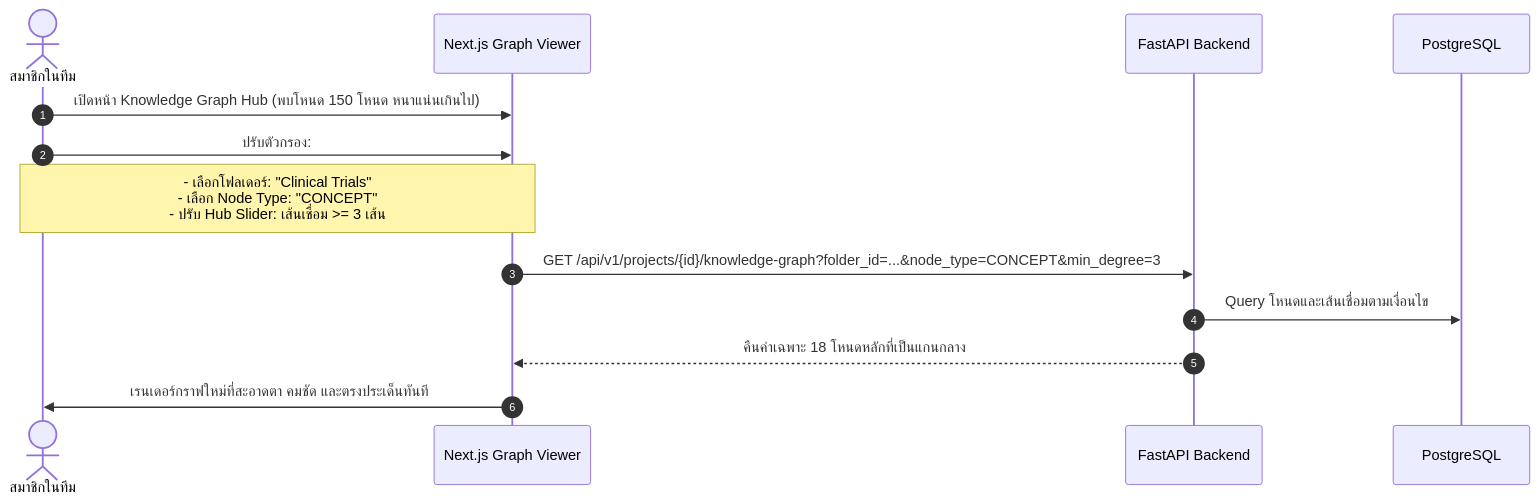
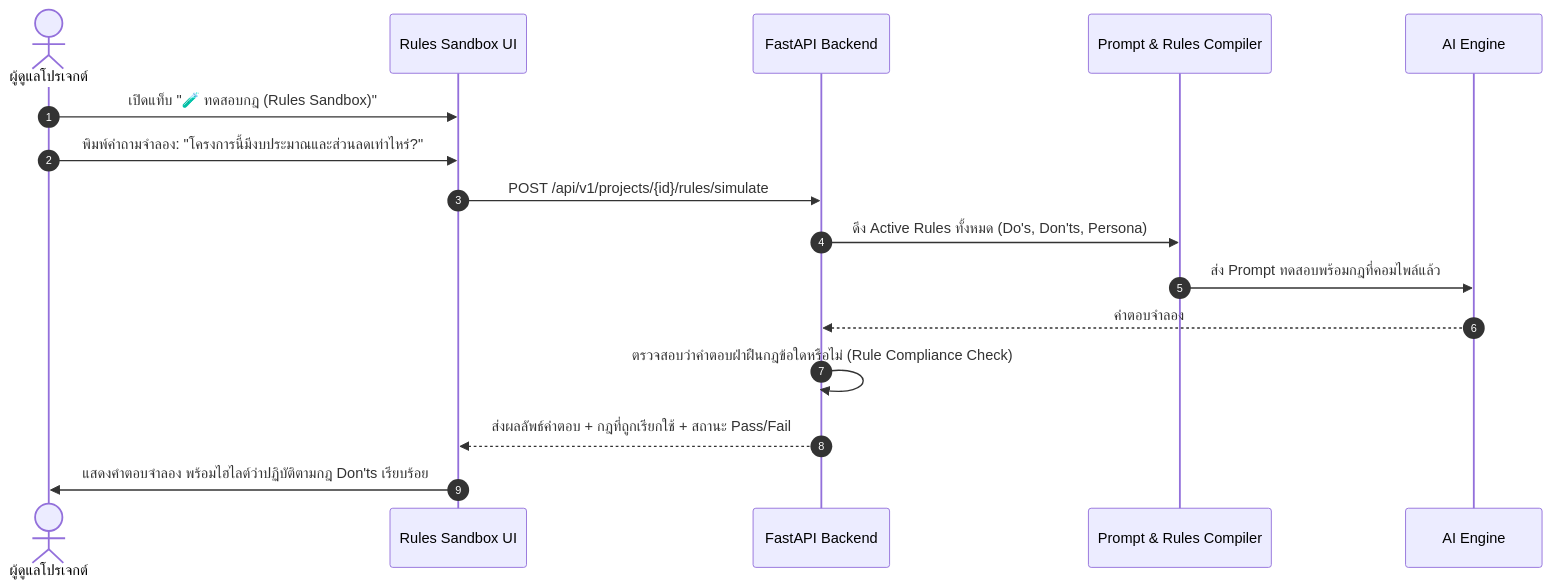
Before and after one commit to kelsonwinith/app.projectP: the fourth of 4 diagrams in docs/02_USER_JOURNEY_AND_FLOWS.md, drawn with Mermaid. The commit also changed other lines of this file and 6 other files, not shown here.

````diff
--- a/docs/02_USER_JOURNEY_AND_FLOWS.md
+++ b/docs/02_USER_JOURNEY_AND_FLOWS.md
@@ -69,18 +99,22 @@
 ```mermaid
 sequenceDiagram
     autonumber
-    actor User as สมาชิกในทีม
-    participant UI as Next.js Graph Viewer
+    actor Admin as ผู้ดูแลโปรเจกต์
+    participant UI as Rules Sandbox UI
     participant API as FastAPI Backend
-    participant DB as PostgreSQL
+    participant Compiler as Prompt & Rules Compiler
+    participant LLM as AI Engine
 
-    User->>UI: เปิดหน้า Knowledge Graph Hub (พบโหนด 150 โหนด หนาแน่นเกินไป)
-    User->>UI: ปรับตัวกรอง:
-    Note over UI,User: - เลือกโฟลเดอร์: "Clinical Trials"<br/>- เลือก Node Type: "CONCEPT"<br/>- ปรับ Hub Slider: เส้นเชื่อม >= 3 เส้น
+    Admin->>UI: เปิดแท็บ "🧪 ทดสอบกฎ (Rules Sandbox)"
+    Admin->>UI: พิมพ์คำถามจำลอง: "โครงการนี้มีงบประมาณและส่วนลดเท่าไหร่?"
+    UI->>API: POST /api/v1/projects/{id}/rules/simulate
     
-    UI->>API: GET /api/v1/projects/{id}/knowledge-graph?folder_id=...&node_type=CONCEPT&min_degree=3
-    API->>DB: Query โหนดและเส้นเชื่อมตามเงื่อนไข
-    API-->>UI: คืนค่าเฉพาะ 18 โหนดหลักที่เป็นแกนกลาง
+    API->>Compiler: ดึง Active Rules ทั้งหมด (Do's, Don'ts, Persona)
+    Compiler->>LLM: ส่ง Prompt ทดสอบพร้อมกฎที่คอมไพล์แล้ว
+    LLM-->>API: คำตอบจำลอง
     
-    UI->>User: เรนเดอร์กราฟใหม่ที่สะอาดตา คมชัด และตรงประเด็นทันที
+    API->>API: ตรวจสอบว่าคำตอบฝ่าฝืนกฎข้อใดหรือไม่ (Rule Compliance Check)
+    API-->>UI: ส่งผลลัพธ์คำตอบ + กฎที่ถูกเรียกใช้ + สถานะ Pass/Fail
+    
+    UI->>Admin: แสดงคำตอบจำลอง พร้อมไฮไลต์ว่าปฏิบัติตามกฎ Don'ts เรียบร้อย
 ```
````
